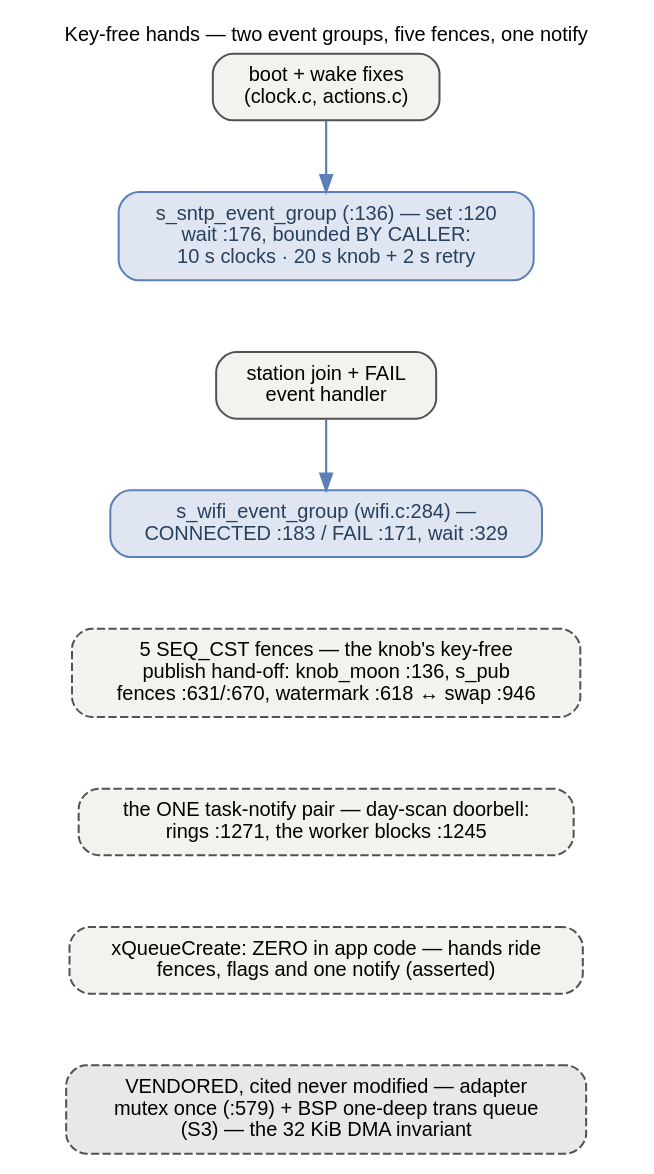
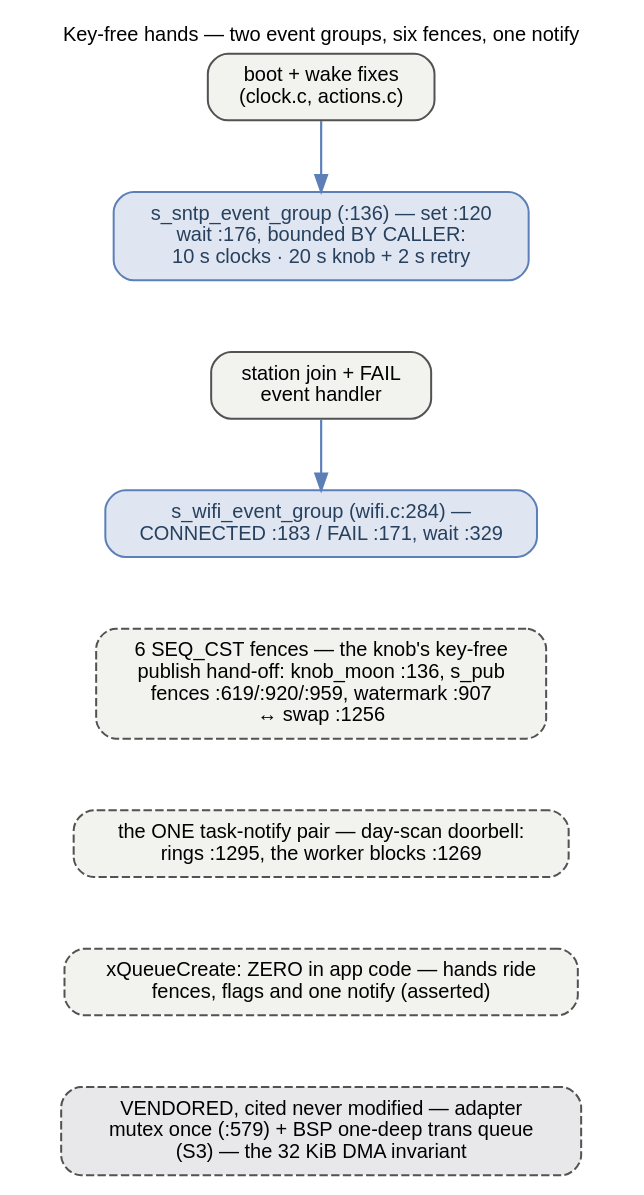
The diagram in docs/_graphs/guards-flags.dot (ukos-git/moon-clock-esp), drawn with Graphviz before and after one commit. The commit also changed 38 other files, not shown here.

```diff
--- a/docs/_graphs/guards-flags.dot
+++ b/docs/_graphs/guards-flags.dot
@@ -1,59 +1,60 @@
 // THE KEY-FREE BAND opened: the hands-offs the app runs without any
 // key. s_sntp_event_group (clock_sntp.c:136) sets SNTP_SYNC_BIT :120
 // and waits :176 bounded BY CALLER — the clocks' boot fix and wake fix
 // both pass CONFIG_CLOCK_NTP_TIMEOUT_MS 10000 (clock.c + actions.c),
 // the knob's boot fix 20000 with a 2 s retry (main.c). s_wifi_event_group
 // (wifi.c:284) sets CONNECTED :183 / FAIL :171 and waits :329 for 8 s
-// (WIFI_CONNECTION_TIMEOUT_MS). The FIVE SEQ_CST fences are the knob's
+// (WIFI_CONNECTION_TIMEOUT_MS). The SIX SEQ_CST fences are the knob's
 // key-free publish hand-off: the producer's knob_moon.c:136 (row fence)
-// and the s_pub fences knob_ui.c:631 (bake publish) / :670 (disc publish)
-// pair with the swap reader's knob_ui.c:946 ("pair with the producer's
-// publish fence"), plus the watermark owner-clear fence :618. The app's ONE
-// task-notify pair is the day-scan doorbell: moon_event_classify_here
-// rings xTaskNotifyGive(s_event_task) at moon_ui.c:1271 and
-// moon_event_task blocks on ulTaskNotifyTake(pdTRUE, portMAX_DELAY) at
-// :1245. xQueueCreate fires ZERO times in app code (the vendored BSP's
+// and the knob_ui.c s_pub fences :619 (movie publish — the boot movie's
+// fence), :920 (bake publish) and :959 (disc publish), plus the
+// watermark owner-clear fence :907 — paired with the swap reader's
+// knob_ui.c:1256 ("pair with the producer's publish fence"). The app's
+// ONE task-notify pair is the day-scan doorbell:
+// moon_event_classify_here rings xTaskNotifyGive(s_event_task) at
+// moon_ui.c:1295 and moon_event_task blocks on
+// ulTaskNotifyTake(pdTRUE, portMAX_DELAY) at :1269. xQueueCreate fires ZERO times in app code (the vendored BSP's
 // trans queue is cited, never ours: CONFIG_BSP_LCD_TRANS_QUEUE_DEPTH =
 // 1, S3 header, used at the BSP's :412 — the 32 KiB SPI DMA
 // invariant). The adapter's LVGL mutex is VENDORED — the app takes it
 // EXACTLY once, main.cpp:579 bsp_display_lock(-1). The guards in black
 // boxes is docs/_graphs/guards.dot (this page); the clocks' keys are
 // docs/_graphs/guards-keys.dot; the knob's is docs/_graphs/guards-knob.dot.
 // FONTS: 12 pt = the page's 16 px body text at 1:1 — kept inside the
 // content column.
 // Rendered inline as SVG by sphinx.ext.graphviz (dot on PATH).
 digraph guards_flags {
     rankdir=TB;
-    label="Key-free hands — two event groups, five fences, one notify";
+    label="Key-free hands — two event groups, six fences, one notify";
     labelloc="t"; labeljust="c";
     fontname="Helvetica"; fontsize=12;
     graph [nodesep=0.5, ranksep=0.6];
     node [fontname="Helvetica", fontsize=12, shape=box, style="rounded,filled",
           width=0, height=0, margin="0.16,0.10", fillcolor="#f2f2ef",
           color="#525252", penwidth=1.2];
     edge [fontname="Helvetica", fontsize=12, color="#5c7fb8", penwidth=1.3, fontcolor="#27405e"];
 
     bootfix [label="boot + wake fixes\n(clock.c, actions.c)"];
     join [label="station join + FAIL\nevent handler"];
     sntp [label="s_sntp_event_group (:136) — set :120\nwait :176, bounded BY CALLER:\n10 s clocks · 20 s knob + 2 s retry",
           fillcolor="#dfe6f1", color="#5c7fb8", fontcolor="#27405e"];
     wifig [label="s_wifi_event_group (wifi.c:284) —\nCONNECTED :183 / FAIL :171, wait :329",
            fillcolor="#dfe6f1", color="#5c7fb8", fontcolor="#27405e"];
 
-    fences [label="5 SEQ_CST fences — the knob's key-free\npublish hand-off: knob_moon :136, s_pub\nfences :631/:670, watermark :618 ↔ swap :946",
+    fences [label="6 SEQ_CST fences — the knob's key-free\npublish hand-off: knob_moon :136, s_pub\nfences :619/:920/:959, watermark :907\n↔ swap :1256",
             style="rounded,filled,dashed"];
-    notify [label="the ONE task-notify pair — day-scan doorbell:\nrings :1271, the worker blocks :1245",
+    notify [label="the ONE task-notify pair — day-scan doorbell:\nrings :1295, the worker blocks :1269",
             style="rounded,filled,dashed"];
     zeroq [label="xQueueCreate: ZERO in app code — hands ride\nfences, flags and one notify (asserted)",
             style="rounded,filled,dashed"];
     vendored [label="VENDORED, cited never modified — adapter\nmutex once (:579) + BSP one-deep trans queue\n(S3) — the 32 KiB DMA invariant",
               style="rounded,filled,dashed", fillcolor="#e8e8ea"];
 
     bootfix -> sntp;
     join -> wifig;
     sntp -> join [style=invis];
     wifig -> fences [style=invis];
     fences -> notify [style=invis];
     notify -> zeroq [style=invis];
     zeroq -> vendored [style=invis];
 }
```
